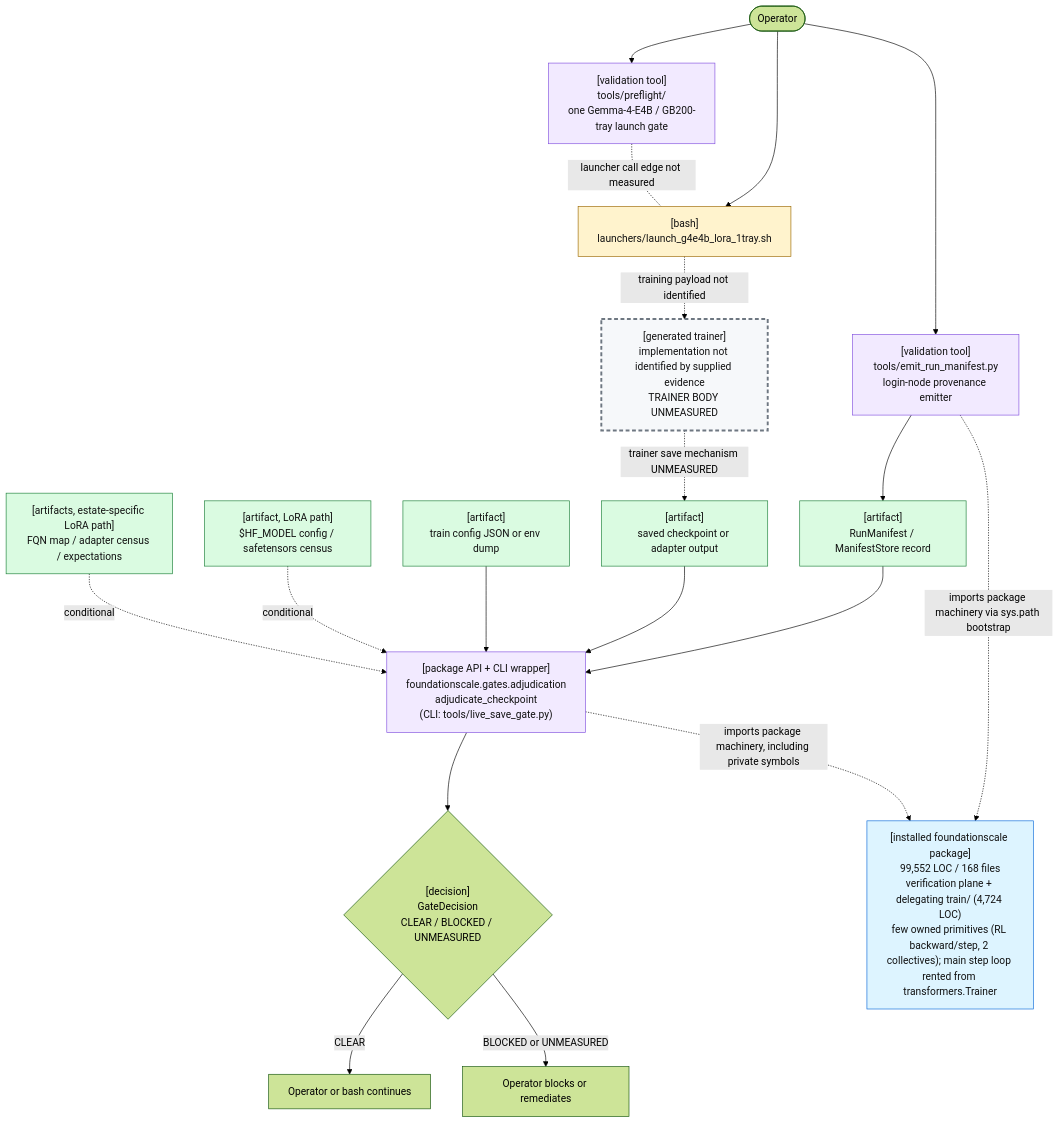
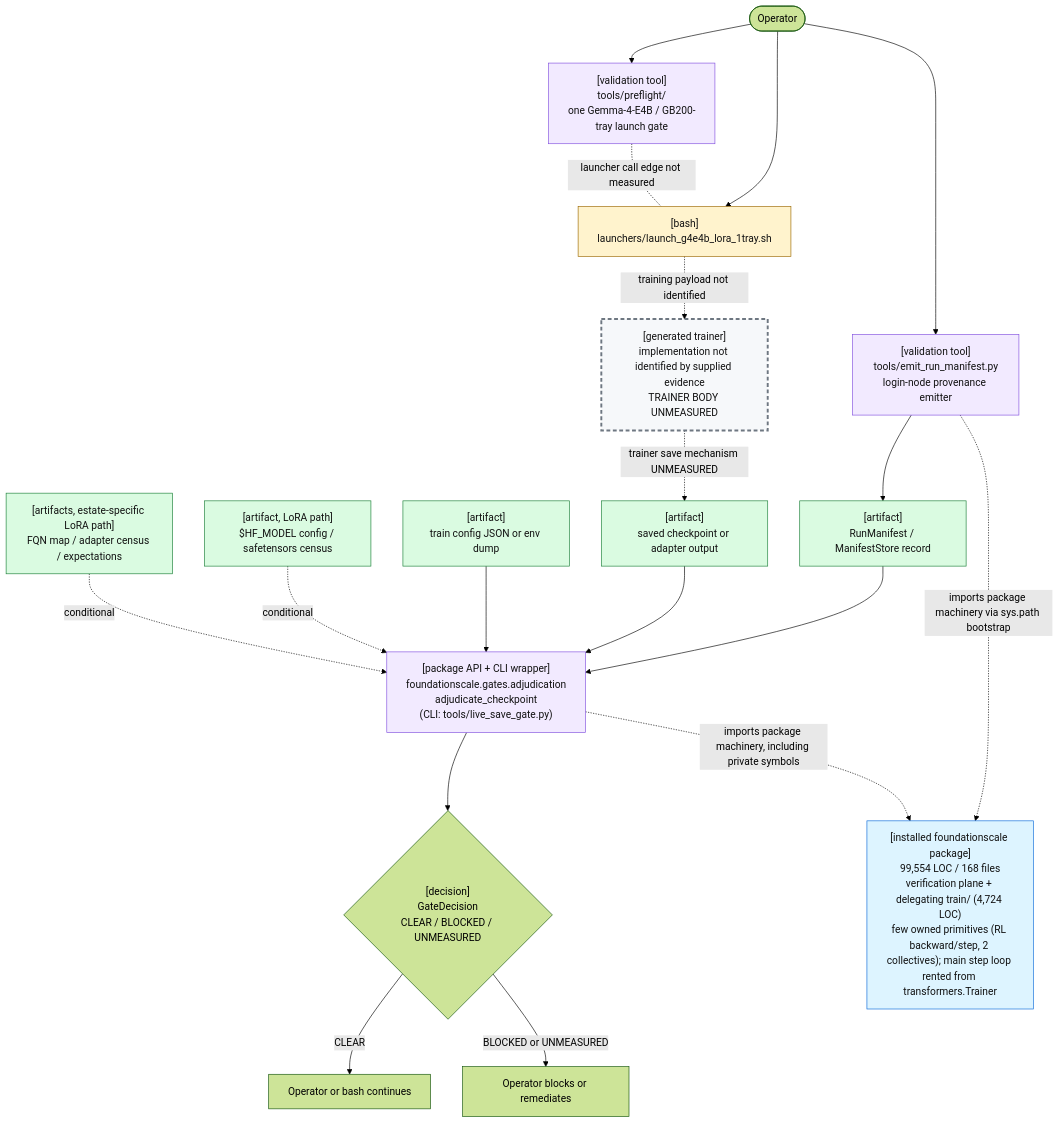
One commit to TranNhiem/FoundationScale changed the first of 2 diagrams in docs/review/D2_current_architecture.md. Above: the diagram before and after it, drawn with Mermaid (forest theme). The commit also changed other lines of this file and 10 other files, not shown here.

````diff
--- a/docs/review/D2_current_architecture.md
+++ b/docs/review/D2_current_architecture.md
@@ -25,59 +25,59 @@
 ```mermaid
 flowchart TB
   O(["Operator"])
 
   PF["[validation tool]<br/>tools/preflight/<br/>one Gemma-4-E4B / GB200-tray launch gate"]
   L["[bash]<br/>launchers/launch_g4e4b_lora_1tray.sh"]
 
   E["[validation tool]<br/>tools/emit_run_manifest.py<br/>login-node provenance emitter"]
   M["[artifact]<br/>RunManifest / ManifestStore record"]
 
   T["[generated trainer]<br/>implementation not identified by supplied evidence<br/>TRAINER BODY UNMEASURED"]
   C["[artifact]<br/>saved checkpoint or adapter output"]
 
   G["[package API + CLI wrapper]<br/>foundationscale.gates.adjudication<br/>adjudicate_checkpoint<br/>(CLI: tools/live_save_gate.py)"]
   CFG["[artifact]<br/>train config JSON or env dump"]
   BASE["[artifact, LoRA path]<br/>$HF_MODEL config / safetensors census"]
   CEN["[artifacts, estate-specific LoRA path]<br/>FQN map / adapter census / expectations"]
 
   D{"[decision]<br/>GateDecision<br/>CLEAR / BLOCKED / UNMEASURED"}
   OK["Operator or bash continues"]
   NO["Operator blocks or remediates"]
 
-  PKG["[installed foundationscale package]<br/>99,552 LOC / 168 files<br/>verification plane + delegating train/ (4,724 LOC)<br/>few owned primitives (RL backward/step, 2 collectives); main step loop rented from transformers.Trainer"]
+  PKG["[installed foundationscale package]<br/>99,554 LOC / 168 files<br/>verification plane + delegating train/ (4,724 LOC)<br/>few owned primitives (RL backward/step, 2 collectives); main step loop rented from transformers.Trainer"]
 
   O --> PF
   O --> L
   PF -. "launcher call edge not measured" .- L
 
   O --> E
   E --> M
 
   L -. "training payload not identified" .-> T
   T -. "trainer save mechanism UNMEASURED" .-> C
 
   M --> G
   C --> G
   CFG --> G
   BASE -. "conditional" .-> G
   CEN -. "conditional" .-> G
 
   E -. "imports package machinery via sys.path bootstrap" .-> PKG
   G -. "imports package machinery, including private symbols" .-> PKG
 
   G --> D
   D -->|"CLEAR"| OK
   D -->|"BLOCKED or UNMEASURED"| NO
 
   classDef bash fill:#fff3cd,stroke:#9a6700,color:#111;
   classDef tool fill:#f2eaff,stroke:#8250df,color:#111;
   classDef artifact fill:#dafbe1,stroke:#1a7f37,color:#111;
   classDef gap fill:#f6f8fa,stroke:#6e7781,stroke-width:3px,stroke-dasharray: 6 4,color:#111;
   classDef pkg fill:#ddf4ff,stroke:#0969da,color:#111;
 
   class L bash;
   class PF,E,G tool;
   class M,C,CFG,BASE,CEN artifact;
   class T gap;
   class PKG pkg;
 ```
````
